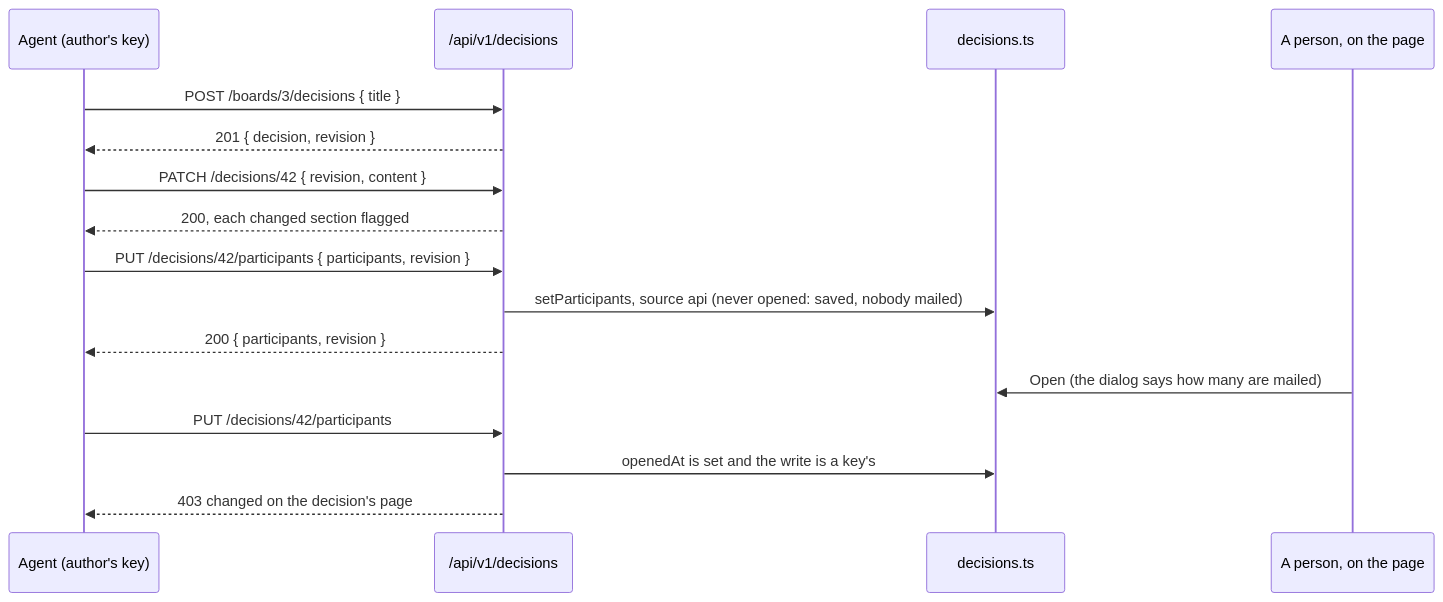
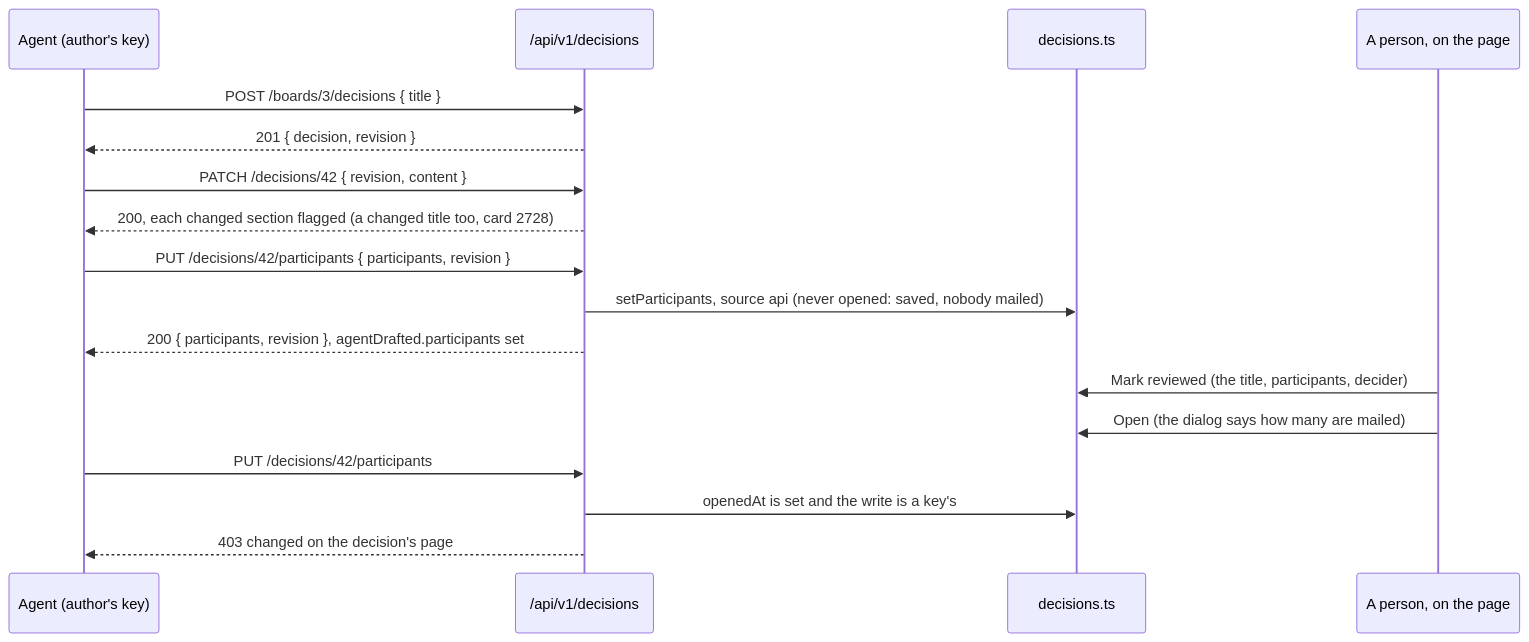
Diagram 19 of 19 in docs/api-reference.md (gitBoon/DumpFire), drawn with Mermaid before and after one commit. The commit also changed other lines of this file and 16 other files, not shown here.

First line of the commit message:
feat: a title, participants or decider chosen through an API key is flagged until a person reviews it (2728)

````diff
--- a/docs/api-reference.md
+++ b/docs/api-reference.md
@@ -4850,18 +4858,19 @@
 ```mermaid
 sequenceDiagram
     participant A as Agent (author's key)
     participant V as /api/v1/decisions
     participant S as decisions.ts
     participant P as A person, on the page
     A->>V: POST /boards/3/decisions { title }
     V-->>A: 201 { decision, revision }
     A->>V: PATCH /decisions/42 { revision, content }
-    V-->>A: 200, each changed section flagged
+    V-->>A: 200, each changed section flagged (a changed title too, card 2728)
     A->>V: PUT /decisions/42/participants { participants, revision }
     V->>S: setParticipants, source api (never opened: saved, nobody mailed)
-    V-->>A: 200 { participants, revision }
+    V-->>A: 200 { participants, revision }, agentDrafted.participants set
+    P->>S: Mark reviewed (the title, participants, decider)
     P->>S: Open (the dialog says how many are mailed)
     A->>V: PUT /decisions/42/participants
     V->>S: openedAt is set and the write is a key's
     V-->>A: 403 changed on the decision's page
 ```
````
